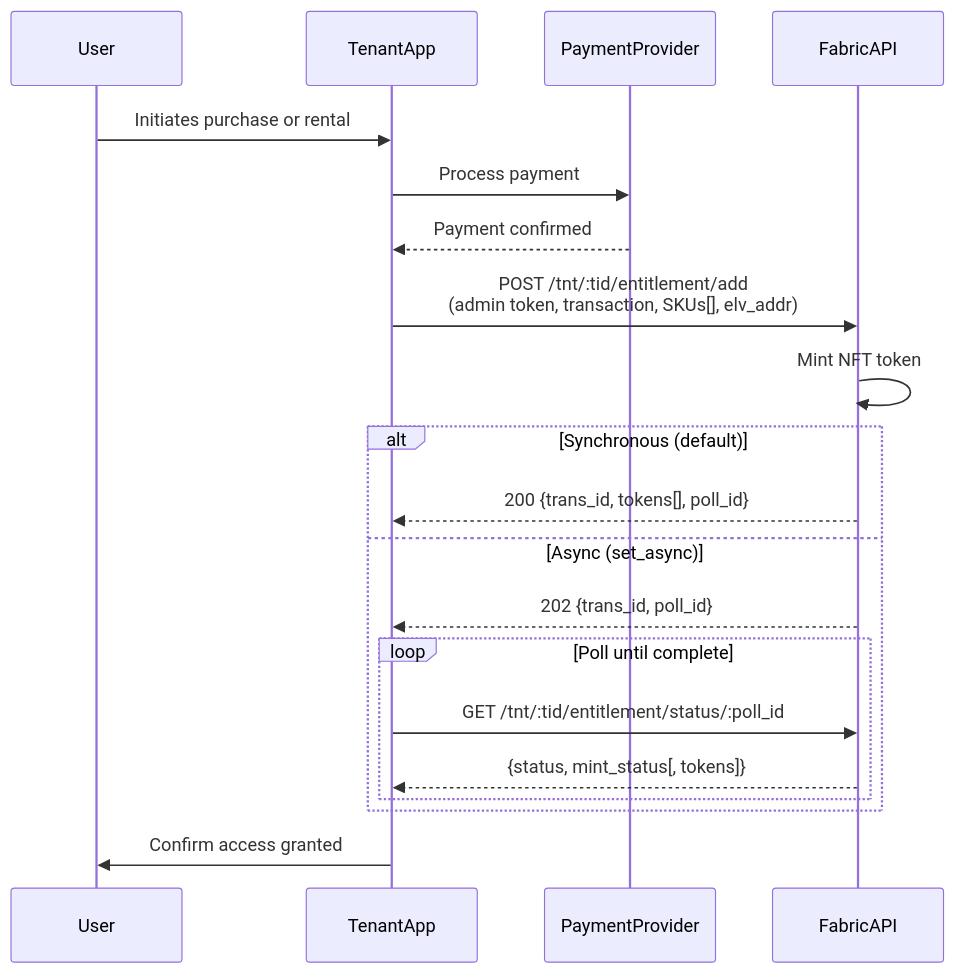
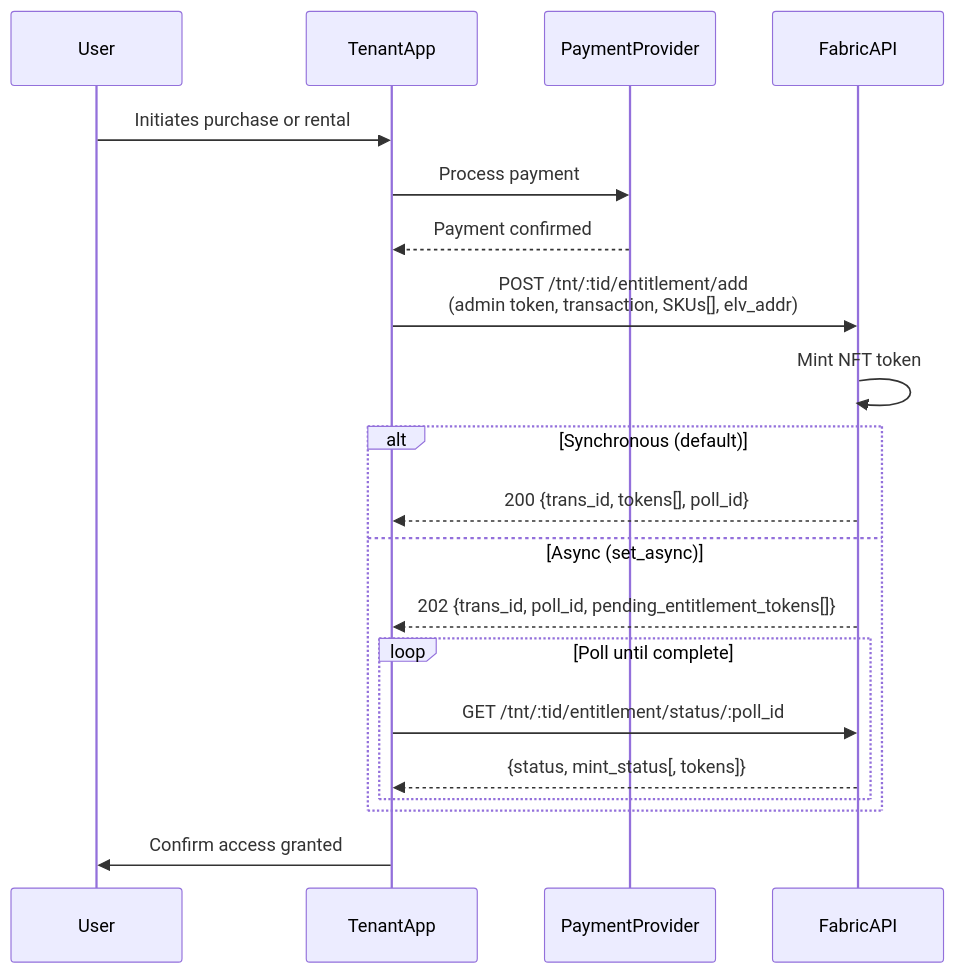
One commit to eluv-io/elv-docs changed the diagram in media-wallet/purchase/entitlements/README.md. Above: the diagram before and after it, drawn with Mermaid. The commit also changed other lines of this file and 4 other files, not shown here.

````diff
--- a/media-wallet/purchase/entitlements/README.md
+++ b/media-wallet/purchase/entitlements/README.md
@@ -10,25 +10,25 @@
 ```mermaid
 sequenceDiagram
     participant User
     participant TenantApp
     participant PaymentProvider
     participant FabricAPI
 
     User->>TenantApp: Initiates purchase or rental
     TenantApp->>PaymentProvider: Process payment
     PaymentProvider-->>TenantApp: Payment confirmed
     TenantApp->>FabricAPI: POST /tnt/:tid/entitlement/add<br/>(admin token, transaction, SKUs[], elv_addr)
     FabricAPI->>FabricAPI: Mint NFT token
 
     alt Synchronous (default)
         FabricAPI-->>TenantApp: 200 {trans_id, tokens[], poll_id}
     else Async (set_async)
-        FabricAPI-->>TenantApp: 202 {trans_id, poll_id}
+        FabricAPI-->>TenantApp: 202 {trans_id, poll_id, pending_entitlement_tokens[]}
         loop Poll until complete
             TenantApp->>FabricAPI: GET /tnt/:tid/entitlement/status/:poll_id
             FabricAPI-->>TenantApp: {status, mint_status[, tokens]}
         end
     end
 
     TenantApp->>User: Confirm access granted
 ```
````
